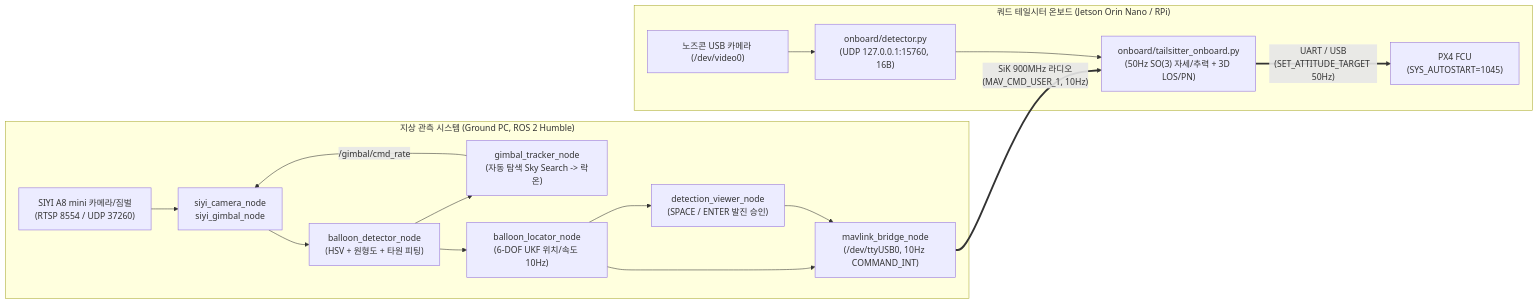
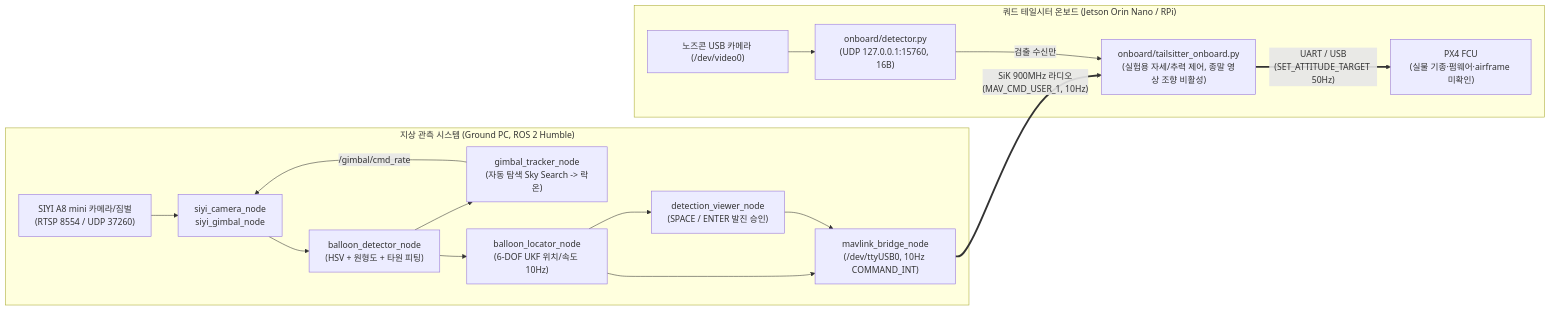
One commit to SeyeongW/PX4-ROS2 changed the diagram in balloon_sim/HARDWARE_GUIDE.md. Above: the diagram before and after it, drawn with Mermaid. The commit also changed other lines of this file and 4 other files, not shown here.

````diff
--- a/balloon_sim/HARDWARE_GUIDE.md
+++ b/balloon_sim/HARDWARE_GUIDE.md
@@ -11,19 +13,19 @@
 ```mermaid
 flowchart LR
     subgraph GCS["지상 관측 시스템 (Ground PC, ROS 2 Humble)"]
         S1["SIYI A8 mini 카메라/짐벌\n(RTSP 8554 / UDP 37260)"] --> S2["siyi_camera_node\nsiyi_gimbal_node"]
         S2 --> S3["balloon_detector_node\n(HSV + 원형도 + 타원 피팅)"]
         S3 --> S4["gimbal_tracker_node\n(자동 탐색 Sky Search -> 락온)"]
         S4 -->|"/gimbal/cmd_rate"| S2
         S3 --> S5["balloon_locator_node\n(6-DOF UKF 위치/속도 10Hz)"]
         S5 --> S6["detection_viewer_node\n(SPACE / ENTER 발진 승인)"]
         S5 & S6 --> S7["mavlink_bridge_node\n(/dev/ttyUSB0, 10Hz COMMAND_INT)"]
     end
 
     subgraph Air["쿼드 테일시터 온보드 (Jetson Orin Nano / RPi)"]
         A1["노즈콘 USB 카메라 (/dev/video0)"] --> A2["onboard/detector.py\n(UDP 127.0.0.1:15760, 16B)"]
-        S7 ==>|"SiK 900MHz 라디오\n(MAV_CMD_USER_1, 10Hz)"| A3["onboard/tailsitter_onboard.py\n(50Hz SO(3) 자세/추력 + 3D LOS/PN)"]
-        A2 --> A3
-        A3 ==>|"UART / USB\n(SET_ATTITUDE_TARGET 50Hz)"| A4["PX4 FCU\n(SYS_AUTOSTART=1045)"]
+        S7 ==>|"SiK 900MHz 라디오\n(MAV_CMD_USER_1, 10Hz)"| A3["onboard/tailsitter_onboard.py\n(실험용 자세/추력 제어, 종말 영상 조향 비활성)"]
+        A2 -->|"검출 수신만"| A3
+        A3 ==>|"UART / USB\n(SET_ATTITUDE_TARGET 50Hz)"| A4["PX4 FCU\n(실물 기종·펌웨어·airframe 미확인)"]
     end
 ```
````
